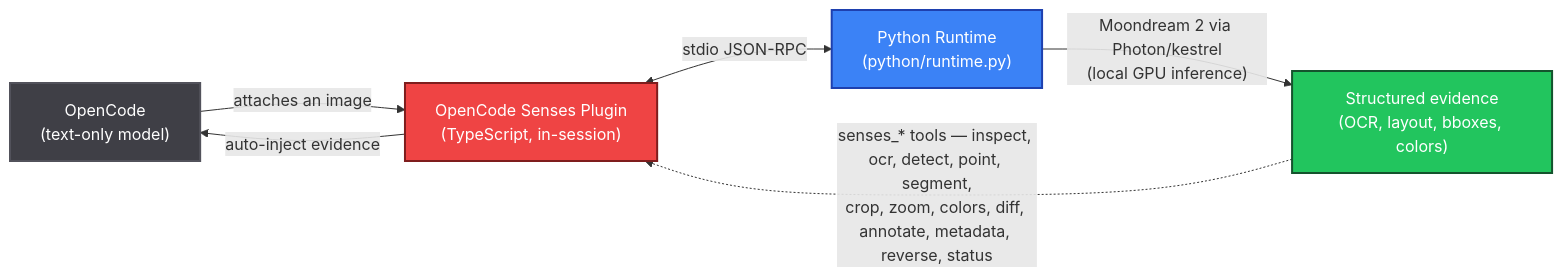
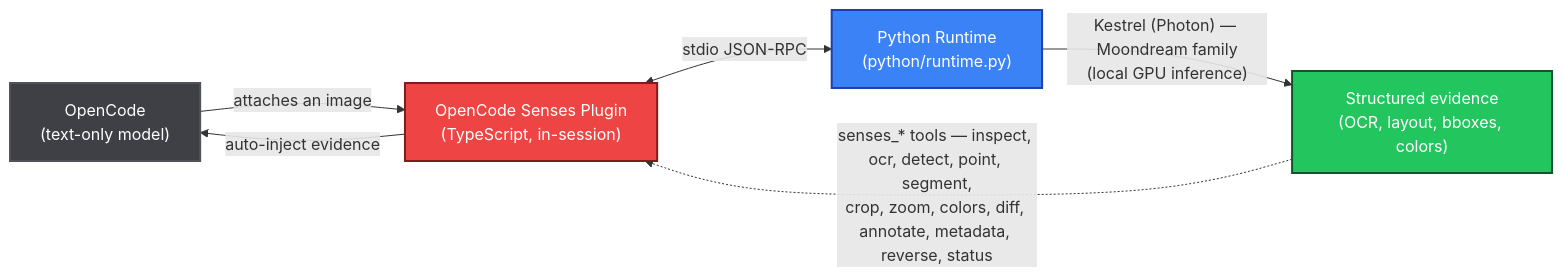
The diagram in README.md (itsmeadarsh2008/opencode-senses), drawn with Mermaid before and after one commit. The commit also changed other lines of this file, not shown here.

First line of the commit message:
docs: supported models (Kestrel/Photon) — plugin-usable Moondream family only

````diff
--- a/README.md
+++ b/README.md
@@ -84,21 +84,21 @@
 ```mermaid
 %%{init: {"theme": "base", "themeVariables": {"fontFamily": "'JetBrains Mono', 'Fira Code', 'Cascadia Mono', Menlo, Consolas, monospace", "fontSize": "13px", "primaryColor": "#111111", "primaryTextColor": "#ffffff", "primaryBorderColor": "#333333", "lineColor": "#6b6b6b", "textColor": "#e5e5e5", "edgeLabelBackground": "#111111", "clusterBkg": "#111111", "clusterBorder": "#333333"}}}%%
 flowchart LR
     A["OpenCode<br/>(text-only model)"]
     B["OpenCode Senses Plugin<br/>(TypeScript, in-session)"]
     C["Python Runtime<br/>(python/runtime.py)"]
     D["Structured evidence<br/>(OCR, layout, bboxes, colors)"]
     A -->|"attaches an image"| B
     B -->|"auto-inject evidence"| A
     B <-->|"stdio JSON-RPC"| C
-    C -->|"Moondream 2 via Photon/kestrel<br/>(local GPU inference)"| D
+    C -->|"Kestrel (Photon) — Moondream family<br/>(local GPU inference)"| D
     D -.->|"senses_* tools &mdash; inspect, ocr, detect, point, segment,<br/>crop, zoom, colors, diff, annotate, metadata, reverse, status"| B
     classDef opencode fill:#3f3f46,stroke:#52525b,stroke-width:2px,color:#ffffff
     classDef plugin fill:#ef4444,stroke:#7f1d1d,stroke-width:2px,color:#ffffff
     classDef runtime fill:#3b82f6,stroke:#1e40af,stroke-width:2px,color:#ffffff
     classDef evidence fill:#22c55e,stroke:#14532d,stroke-width:2px,color:#ffffff
     class A opencode
     class B plugin
     class C runtime
     class D evidence
 ```
````
